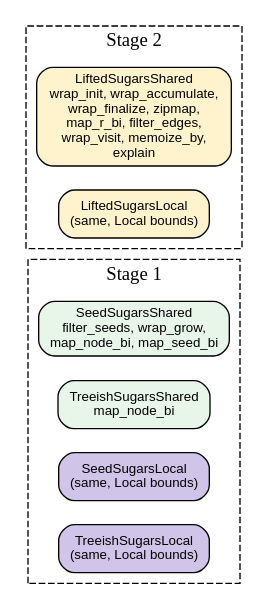
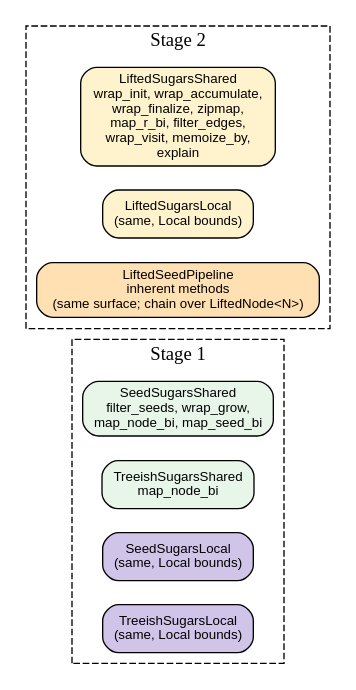
Before and after one commit to hylic-recursion/hylic-docs: the diagram in book/src/pipeline/sugars.md, drawn with Graphviz. The commit also changed other lines of this file and 9 other files, not shown here.

````diff
--- a/book/src/pipeline/sugars.md
+++ b/book/src/pipeline/sugars.md
@@ -81,19 +91,20 @@
 ```dot process
 digraph {
     rankdir=LR;
     node [shape=box, style="rounded,filled", fontname="sans-serif", fontsize=10];
     edge [fontname="sans-serif", fontsize=9];
     subgraph cluster_s1 {
         label="Stage 1"; style=dashed; color="#888";
         sss [label="SeedSugarsShared\nfilter_seeds, wrap_grow,\nmap_node_bi, map_seed_bi", fillcolor="#e8f5e9"];
         tss [label="TreeishSugarsShared\nmap_node_bi", fillcolor="#e8f5e9"];
         ssl [label="SeedSugarsLocal\n(same, Local bounds)",   fillcolor="#d1c4e9"];
         tsl [label="TreeishSugarsLocal\n(same, Local bounds)", fillcolor="#d1c4e9"];
     }
     subgraph cluster_s2 {
         label="Stage 2"; style=dashed; color="#888";
         lss [label="LiftedSugarsShared\nwrap_init, wrap_accumulate,\nwrap_finalize, zipmap,\nmap_r_bi, filter_edges,\nwrap_visit, memoize_by,\nexplain", fillcolor="#fff3cd"];
         lsl [label="LiftedSugarsLocal\n(same, Local bounds)", fillcolor="#fff3cd"];
+        lsp [label="LiftedSeedPipeline\ninherent methods\n(same surface; chain over LiftedNode<N>)", fillcolor="#ffe0b2"];
     }
 }
 ```
````
